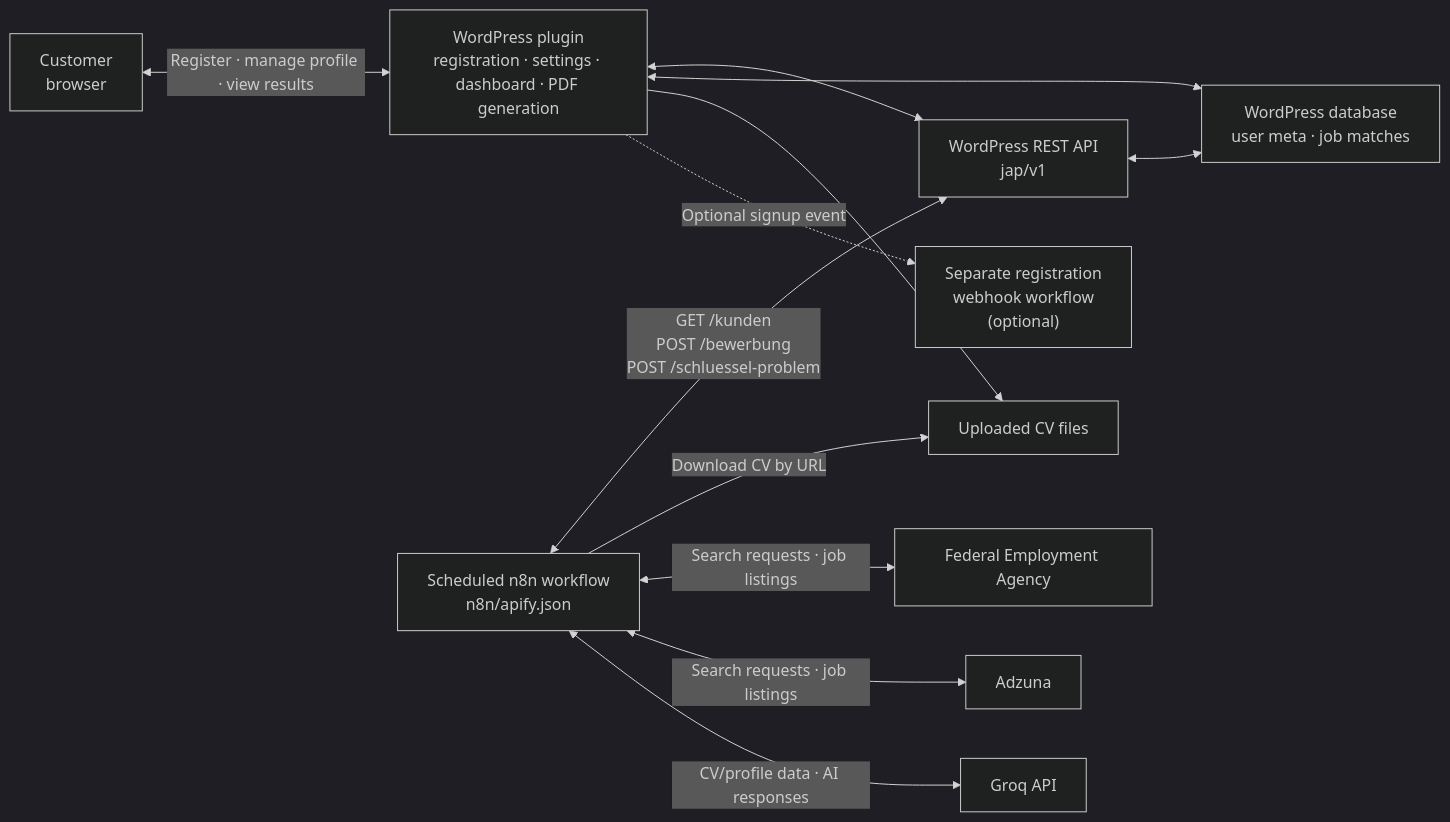
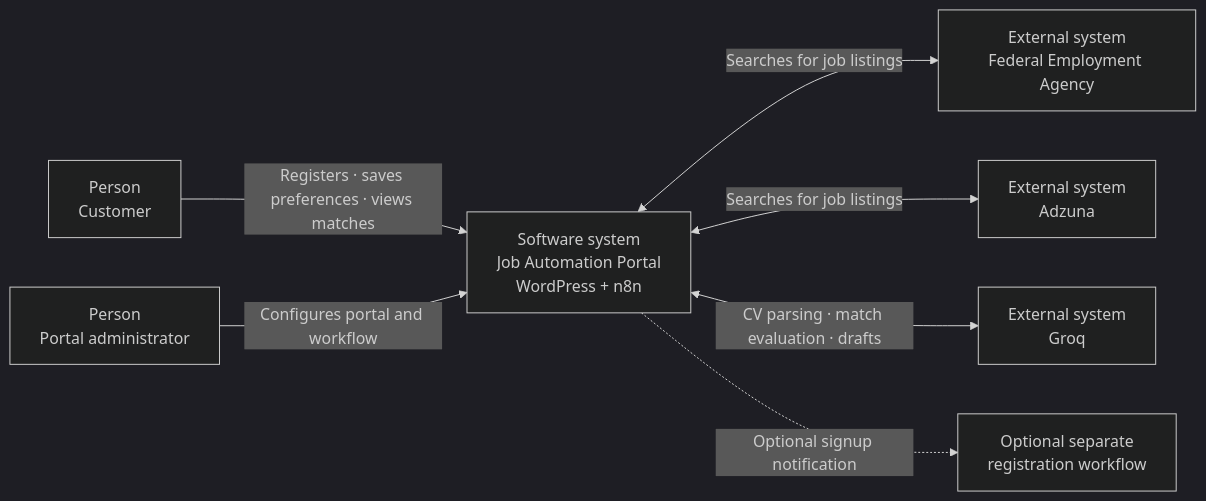
Before and after one commit to 3mothman/auto-job-search: the diagram in README.md, drawn with Mermaid (dark theme). The commit also changed other lines of this file, not shown here.

Commit message:
docs: simplify overview with C4 context diagram

````diff
--- a/README.md
+++ b/README.md
@@ -17,25 +19,17 @@
 ```mermaid
 flowchart LR
-    Customer["Customer<br/>browser"]
-    Portal["WordPress plugin<br/>registration · settings · dashboard · PDF generation"]
-    DB["WordPress database<br/>user meta · job matches"]
-    REST["WordPress REST API<br/>jap/v1"]
-    N8N["Scheduled n8n workflow<br/>n8n/apify.json"]
-    CV["Uploaded CV files"]
-    BA["Federal Employment Agency"]
-    ADZ["Adzuna"]
-    Groq["Groq API"]
-    Hook["Separate registration<br/>webhook workflow<br/>(optional)"]
+    Customer["Person<br/>Customer"]
+    Admin["Person<br/>Portal administrator"]
+    Portal["Software system<br/>Job Automation Portal<br/>WordPress + n8n"]
+    BA["External system<br/>Federal Employment Agency"]
+    Adzuna["External system<br/>Adzuna"]
+    Groq["External system<br/>Groq"]
+    Hook["Optional separate<br/>registration workflow"]
 
-    Customer <-->|"Register · manage profile · view results"| Portal
-    Portal <--> REST
-    Portal <--> DB
-    Portal --> CV
-    N8N <-->|"GET /kunden<br/>POST /bewerbung<br/>POST /schluessel-problem"| REST
-    REST <--> DB
-    N8N -->|"Download CV by URL"| CV
-    N8N <-->|"Search requests · job listings"| BA
-    N8N <-->|"Search requests · job listings"| ADZ
-    N8N <-->|"CV/profile data · AI responses"| Groq
-    Portal -.->|"Optional signup event"| Hook
+    Customer -->|"Registers · saves preferences · views matches"| Portal
+    Admin -->|"Configures portal and workflow"| Portal
+    Portal <-->|"Searches for job listings"| BA
+    Portal <-->|"Searches for job listings"| Adzuna
+    Portal <-->|"CV parsing · match evaluation · drafts"| Groq
+    Portal -.->|"Optional signup notification"| Hook
 ```
````
